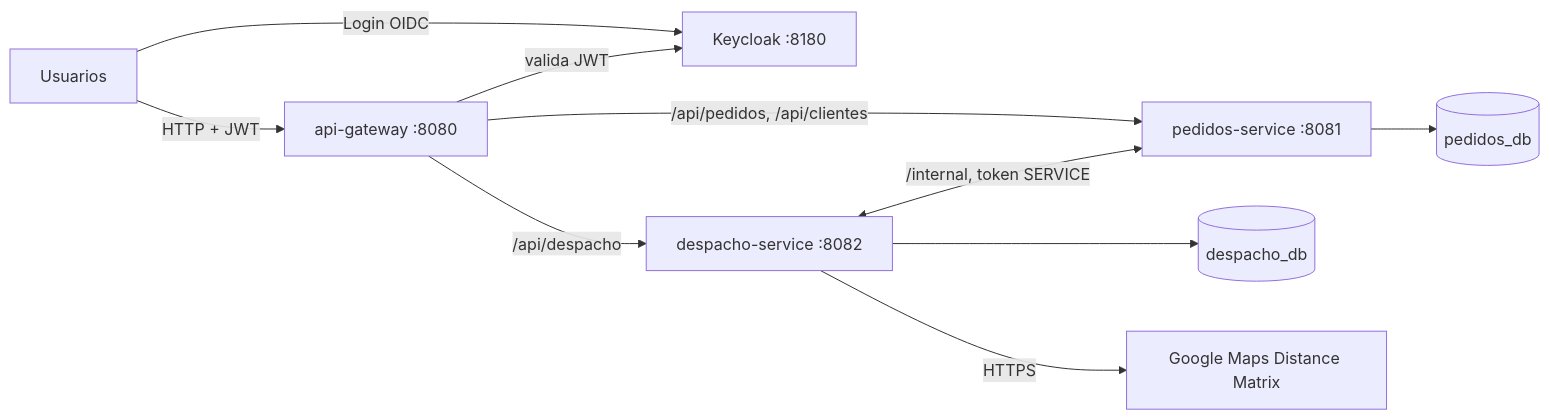
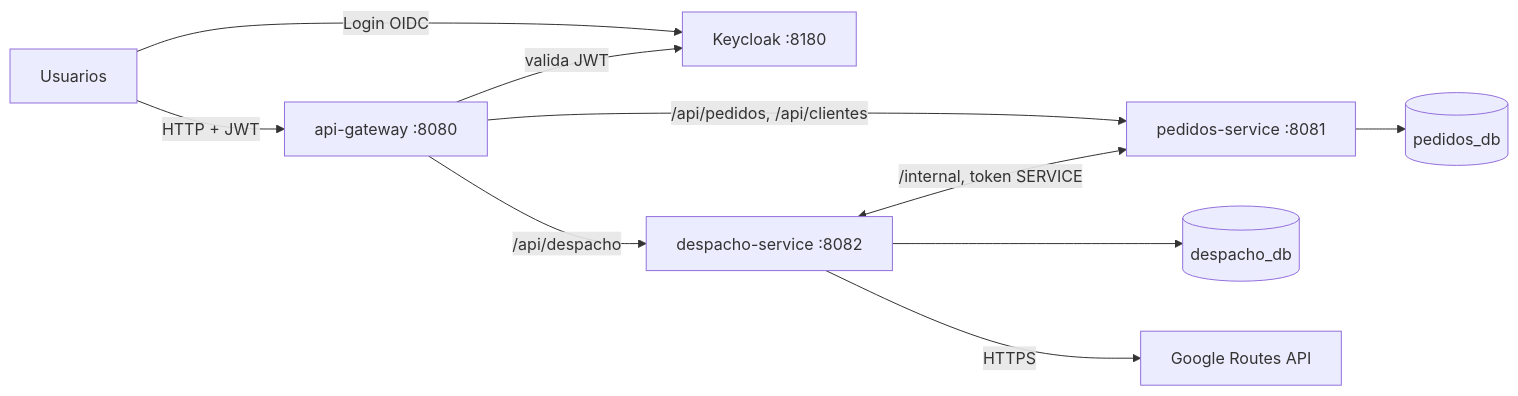
The diagram in README.md (SchallerFran/TP-Backend-Logistica-de-entregas-de-ultima-milla), drawn with Mermaid before and after one commit. The commit also changed other lines of this file and 2 other files, not shown here.

Commit message:
feat(despacho): migrar distancias de Distance Matrix a Routes API (computeRouteMatrix)

````diff
--- a/README.md
+++ b/README.md
@@ -43,12 +43,12 @@
 ```mermaid
 flowchart LR
     U[Usuarios] -->|HTTP + JWT| GW[api-gateway :8080]
     U -->|Login OIDC| KC[Keycloak :8180]
     GW -->|valida JWT| KC
     GW -->|/api/pedidos, /api/clientes| PS[pedidos-service :8081]
     GW -->|/api/despacho| DS[despacho-service :8082]
     DS <-->|/internal, token SERVICE| PS
     PS --> DB1[(pedidos_db)]
     DS --> DB2[(despacho_db)]
-    DS -->|HTTPS| GM[Google Maps Distance Matrix]
+    DS -->|HTTPS| GM[Google Routes API]
 ```
````
